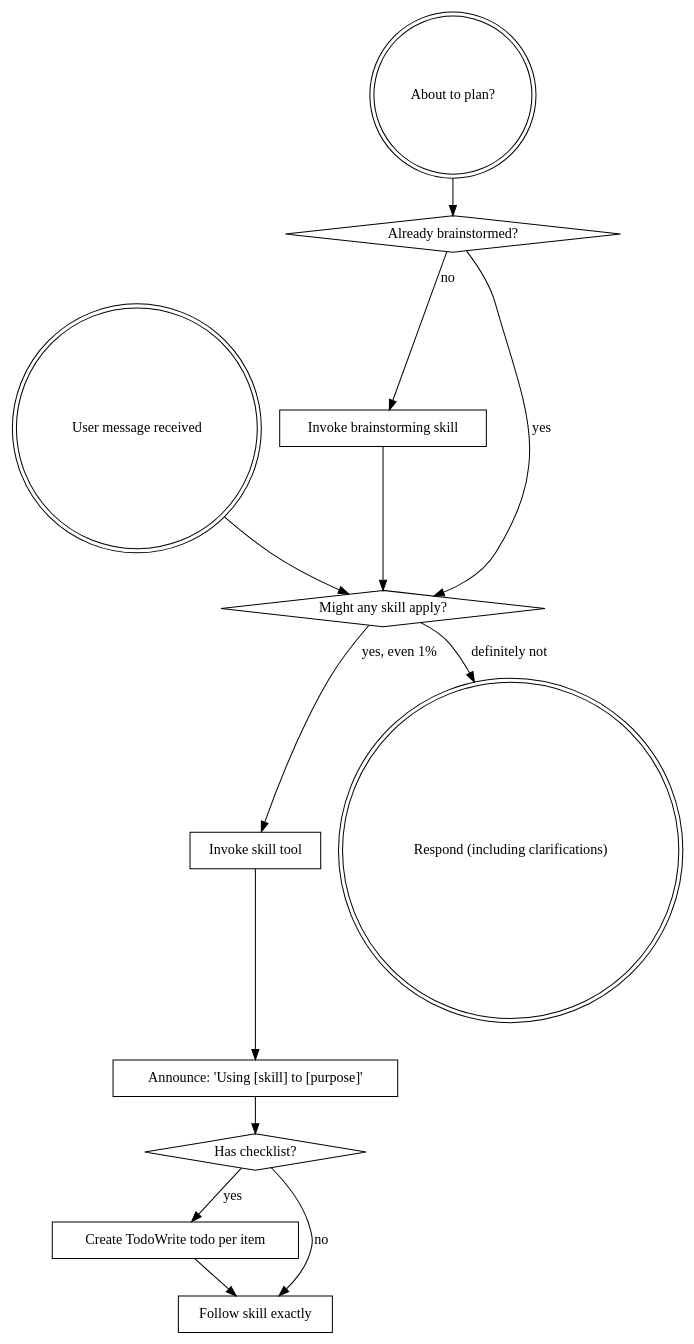
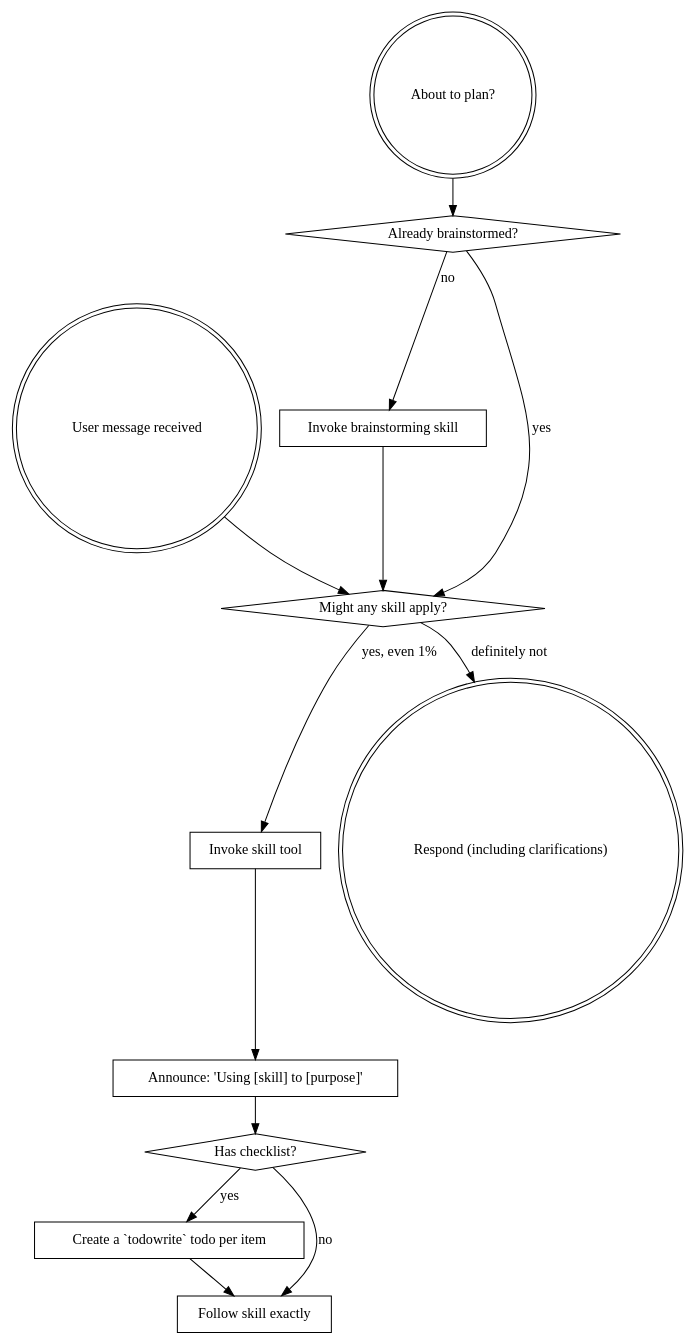
One commit to osmontero/opencode-skills changed the diagram in skills/using-superpowers/SKILL.md. Above: the diagram before and after it, drawn with Graphviz. The commit also changed other lines of this file and 50 other files, not shown here.

````diff
--- a/skills/using-superpowers/SKILL.md
+++ b/skills/using-superpowers/SKILL.md
@@ -41,29 +41,29 @@
 ```dot
 digraph skill_flow {
     "User message received" [shape=doublecircle];
     "About to plan?" [shape=doublecircle];
     "Already brainstormed?" [shape=diamond];
     "Invoke brainstorming skill" [shape=box];
     "Might any skill apply?" [shape=diamond];
     "Invoke skill tool" [shape=box];
     "Announce: 'Using [skill] to [purpose]'" [shape=box];
     "Has checklist?" [shape=diamond];
-    "Create TodoWrite todo per item" [shape=box];
+    "Create a `todowrite` todo per item" [shape=box];
     "Follow skill exactly" [shape=box];
     "Respond (including clarifications)" [shape=doublecircle];
 
     "About to plan?" -> "Already brainstormed?";
     "Already brainstormed?" -> "Invoke brainstorming skill" [label="no"];
     "Already brainstormed?" -> "Might any skill apply?" [label="yes"];
     "Invoke brainstorming skill" -> "Might any skill apply?";
 
     "User message received" -> "Might any skill apply?";
     "Might any skill apply?" -> "Invoke skill tool" [label="yes, even 1%"];
     "Might any skill apply?" -> "Respond (including clarifications)" [label="definitely not"];
     "Invoke skill tool" -> "Announce: 'Using [skill] to [purpose]'";
     "Announce: 'Using [skill] to [purpose]'" -> "Has checklist?";
-    "Has checklist?" -> "Create TodoWrite todo per item" [label="yes"];
+    "Has checklist?" -> "Create a `todowrite` todo per item" [label="yes"];
     "Has checklist?" -> "Follow skill exactly" [label="no"];
-    "Create TodoWrite todo per item" -> "Follow skill exactly";
+    "Create a `todowrite` todo per item" -> "Follow skill exactly";
 }
 ```
````
